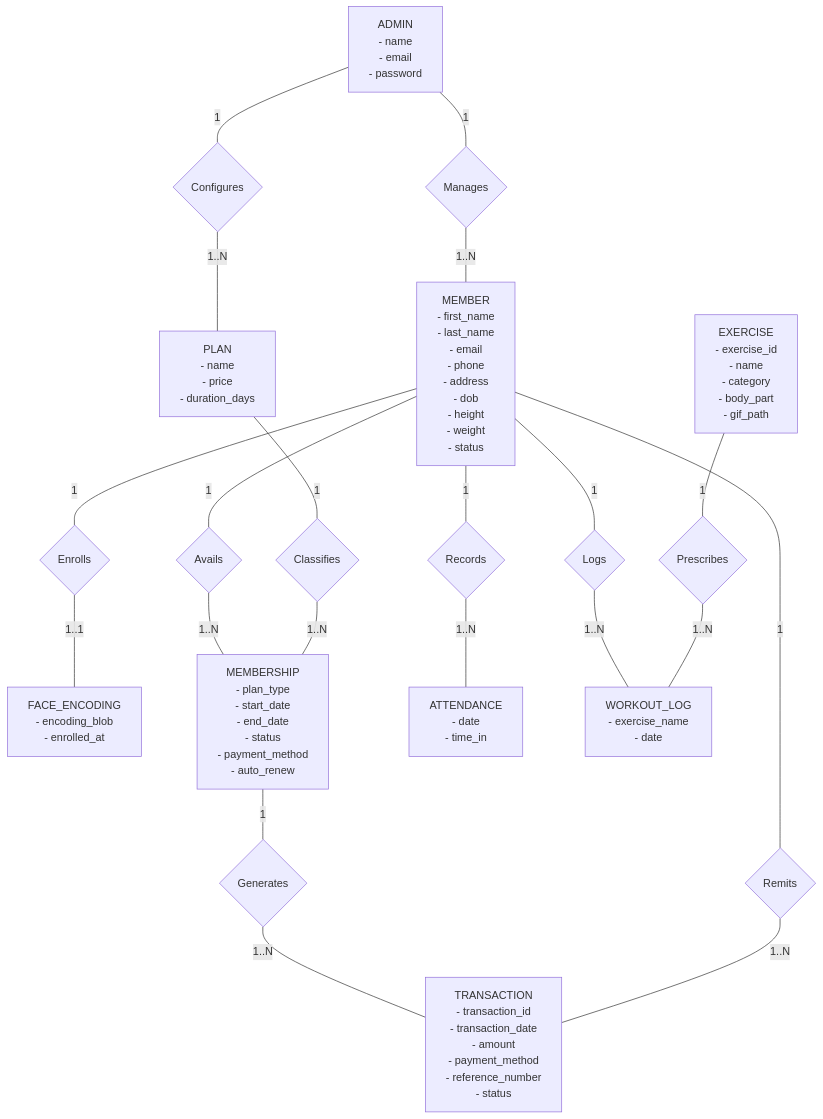
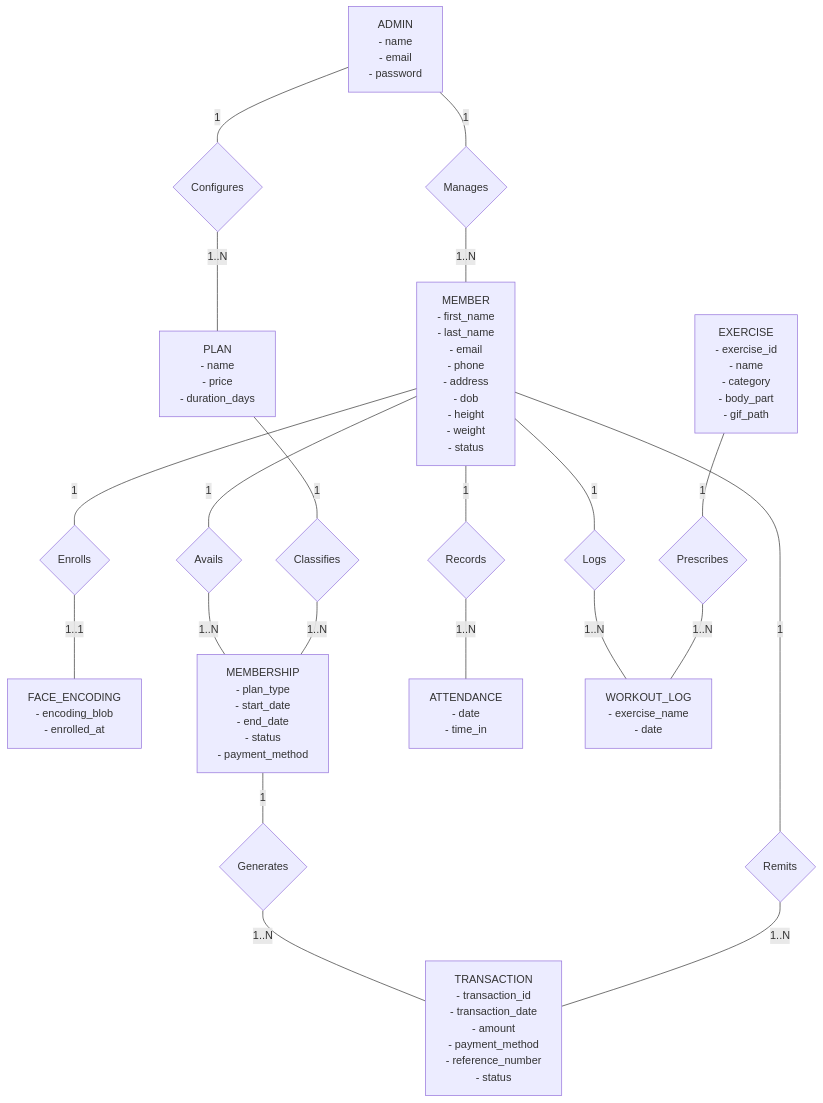
One commit to Plonteras191/GYM2-CAPSTONE changed the diagram in DOCUMENTATION/Logical Entity-Relationship Diagram/Logical Entity-Relationship Diagram.md. Above: the diagram before and after it, drawn with Mermaid. The commit also changed other lines of this file and 4 other files, not shown here.

Commit message:
docs: remove auto_renew attribute from Physical and Logical ERDs

````diff
--- a/DOCUMENTATION/Logical Entity-Relationship Diagram/Logical Entity-Relationship Diagram.md
+++ b/DOCUMENTATION/Logical Entity-Relationship Diagram/Logical Entity-Relationship Diagram.md
@@ -9,66 +9,66 @@
 ```mermaid
 flowchart TD
     %% Entity Definitions with Logical Business Attributes
     Admin["ADMIN\n- name\n- email\n- password"]
     
     Member["MEMBER\n- first_name\n- last_name\n- email\n- phone\n- address\n- dob\n- height\n- weight\n- status"]
     
     FaceEncoding["FACE_ENCODING\n- encoding_blob\n- enrolled_at"]
     
     Plan["PLAN\n- name\n- price\n- duration_days"]
     
-    Membership["MEMBERSHIP\n- plan_type\n- start_date\n- end_date\n- status\n- payment_method\n- auto_renew"]
+    Membership["MEMBERSHIP\n- plan_type\n- start_date\n- end_date\n- status\n- payment_method"]
     
     Transaction["TRANSACTION\n- transaction_id\n- transaction_date\n- amount\n- payment_method\n- reference_number\n- status"]
     
     Attendance["ATTENDANCE\n- date\n- time_in"]
     
     WorkoutLog["WORKOUT_LOG\n- exercise_name\n- date"]
     
     Exercise["EXERCISE\n- exercise_id\n- name\n- category\n- body_part\n- gif_path"]
 
     %% Relationship Diamonds (Chen / Crow's Foot Hybrid Notation)
     Rel_Admin_Member{"Manages"}
     Rel_Admin_Plan{"Configures"}
     Rel_Member_Face{"Enrolls"}
     Rel_Member_Membership{"Avails"}
     Rel_Plan_Membership{"Classifies"}
     Rel_Membership_Txn{"Generates"}
     Rel_Member_Txn{"Remits"}
     Rel_Member_Attendance{"Records"}
     Rel_Member_Workout{"Logs"}
     Rel_Exercise_Workout{"Prescribes"}
 
     %% Administrative Management Flows
     Admin ---|1| Rel_Admin_Member
     Rel_Admin_Member ---|1..N| Member
     
     Admin ---|1| Rel_Admin_Plan
     Rel_Admin_Plan ---|1..N| Plan
 
     %% Member Core Relational Links
     Member ---|1| Rel_Member_Face
     Rel_Member_Face ---|1..1| FaceEncoding
 
     Member ---|1| Rel_Member_Membership
     Rel_Member_Membership ---|1..N| Membership
 
     Plan ---|1| Rel_Plan_Membership
     Rel_Plan_Membership ---|1..N| Membership
 
     Membership ---|1| Rel_Membership_Txn
     Rel_Membership_Txn ---|1..N| Transaction
 
     Member ---|1| Rel_Member_Txn
     Rel_Member_Txn ---|1..N| Transaction
 
     %% Member Tracking & IoT Activities
     Member ---|1| Rel_Member_Attendance
     Rel_Member_Attendance ---|1..N| Attendance
 
     Member ---|1| Rel_Member_Workout
     Rel_Member_Workout ---|1..N| WorkoutLog
 
     Exercise ---|1| Rel_Exercise_Workout
     Rel_Exercise_Workout ---|1..N| WorkoutLog
 ```
````
